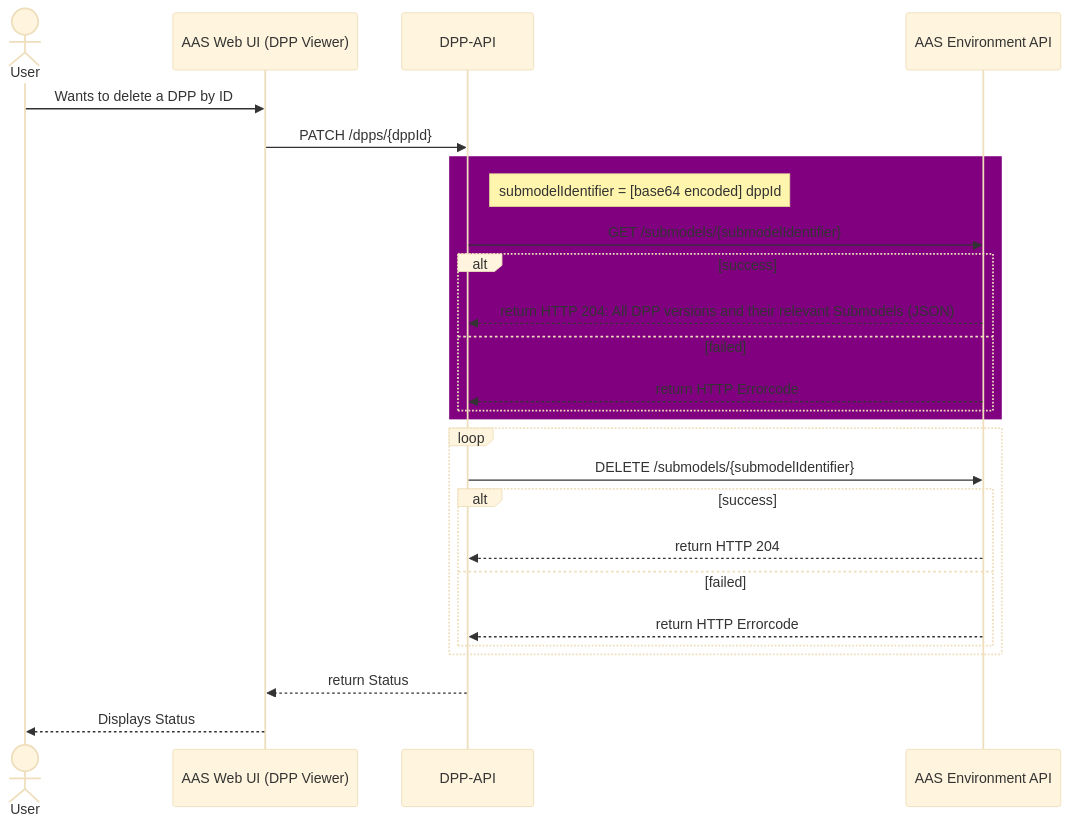
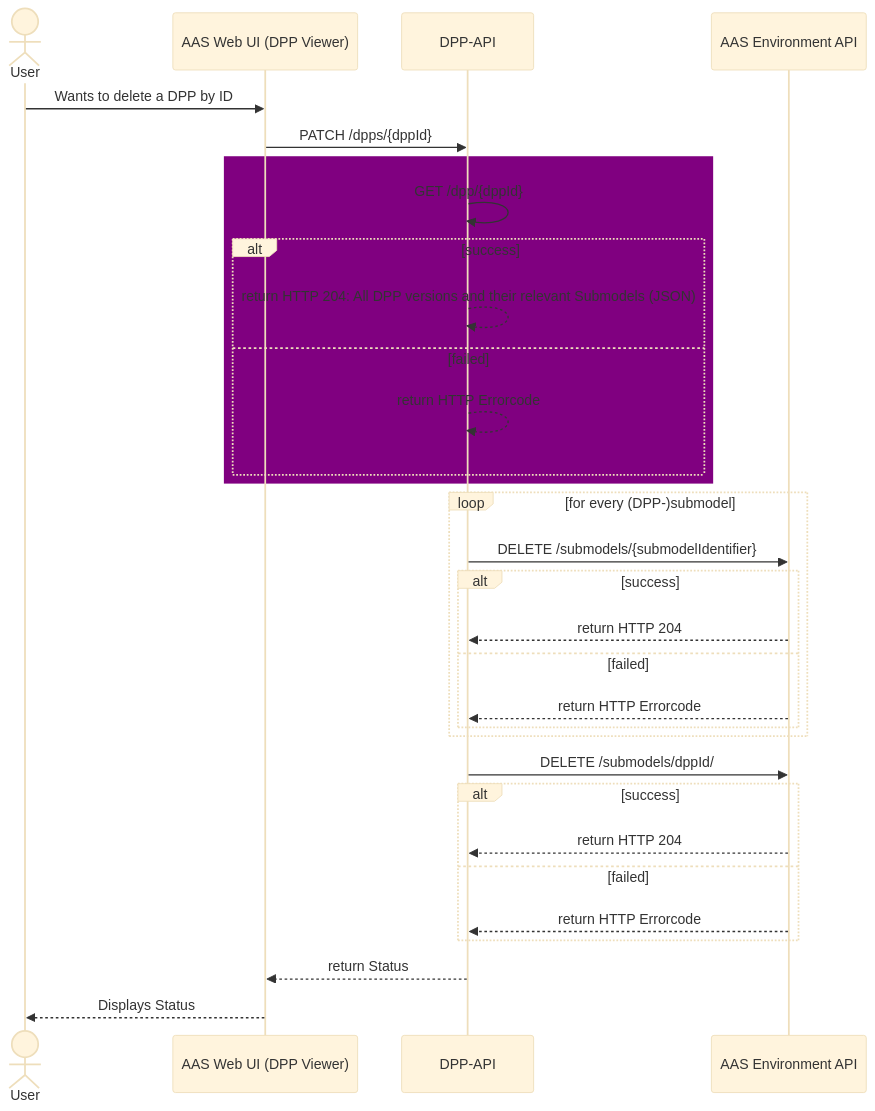
One commit to DHBW-TINF24F/Team6-BaSyx-DPP-API changed the fourth of 10 diagrams in PROJECT/SAS/mapping.md. Above: the diagram before and after it, drawn with Mermaid (base theme). The commit also changed other lines of this file and 1 other file, not shown here.

````diff
--- a/PROJECT/SAS/mapping.md
+++ b/PROJECT/SAS/mapping.md
@@ -156,35 +147,41 @@
 ```mermaid
 sequenceDiagram
   actor User
   participant Web as AAS Web UI (DPP Viewer)
   participant API as DPP-API
   participant Env as AAS Environment API
 
   User->>Web: Wants to delete a DPP by ID
   Web->>API: PATCH /dpps/{dppId}
 
 
   rect purple
-    Note right of API: submodelIdentifier = [base64 encoded] dppId
-    API->>Env: GET /submodels/{submodelIdentifier}
+    API->>API: GET /dpp/{dppId}
     alt success
-        Env-->>API: return HTTP 204: All DPP versions and their relevant Submodels (JSON)
+        API-->>API: return HTTP 204: All DPP versions and their relevant Submodels (JSON)
     else failed
-        Env-->>API: return HTTP Errorcode
+        API-->>API: return HTTP Errorcode
     end
   end
 
-  loop
+  loop for every (DPP-)submodel
     API->>Env: DELETE /submodels/{submodelIdentifier}
     
     alt success
         Env-->>API: return HTTP 204
     else failed
         Env-->>API: return HTTP Errorcode
     end
   end
+
+  API->>Env: DELETE /submodels/dppId/
+  alt success
+    Env-->>API: return HTTP 204
+  else failed
+    Env-->>API: return HTTP Errorcode
+  end
   
   API-->>Web: return Status
   Web-->>User: Displays Status
 
 ```
````
